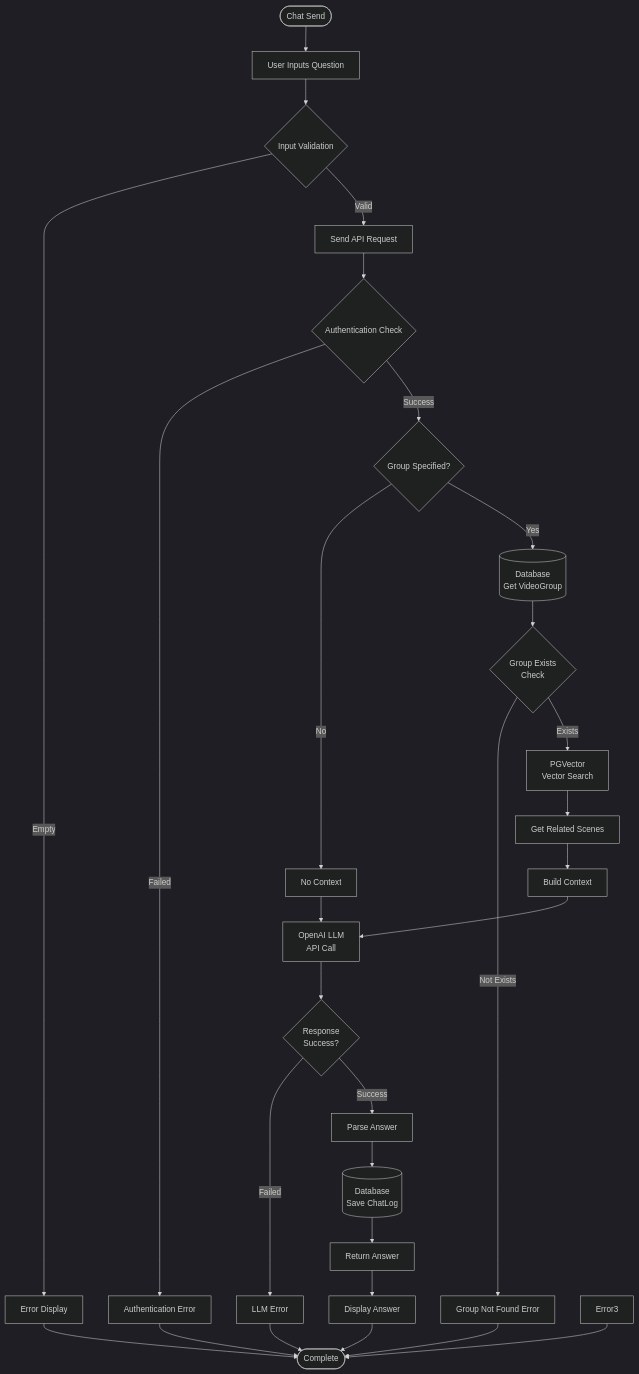
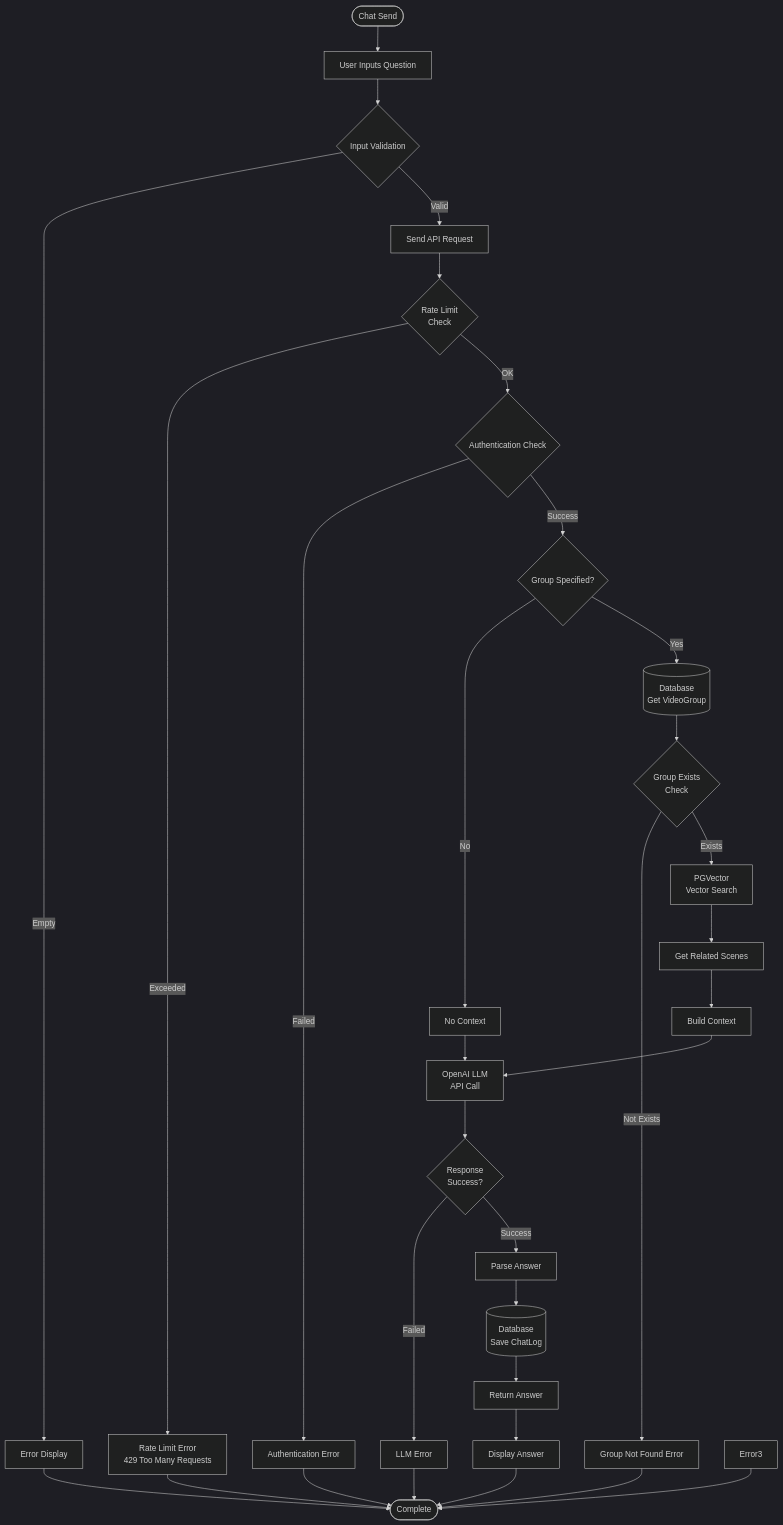
The second of 6 diagrams in docs/architecture/flowchart.md (yukiharada1228/videoq), drawn with Mermaid (dark theme) before and after one commit. The commit also changed other lines of this file and 7 other files, not shown here.

Commit message:
docs: update diagrams and README for rate limits, CACHE_URL, and popular scenes

````diff
--- a/docs/architecture/flowchart.md
+++ b/docs/architecture/flowchart.md
@@ -60,32 +60,35 @@
 ```mermaid
 flowchart TD
     Start([Chat Send]) --> Input[User Inputs Question]
     Input --> Validate1{Input Validation}
     Validate1 -->|Empty| Error1[Error Display]
     Validate1 -->|Valid| Send[Send API Request]
-    Send --> Auth{Authentication Check}
+    Send --> RateLimit{"Rate Limit<br>Check"}
+    RateLimit -->|Exceeded| Error6[Rate Limit Error<br/>429 Too Many Requests]
+    RateLimit -->|OK| Auth{Authentication Check}
     Auth -->|Failed| Error2[Authentication Error]
     Auth -->|Success| CheckGroup{Group Specified?}
     CheckGroup -->|No| NoContext[No Context]
     CheckGroup -->|Yes| GetGroup[(Database<br/>Get VideoGroup)]
     GetGroup --> ValidateGroup{"Group Exists<br>Check"}
     ValidateGroup -->|Not Exists| Error4[Group Not Found Error]
     ValidateGroup -->|Exists| VectorSearch[PGVector<br/>Vector Search]
     VectorSearch --> GetScenes[Get Related Scenes]
     GetScenes --> BuildContext[Build Context]
     BuildContext --> CallLLM[OpenAI LLM<br/>API Call]
     NoContext --> CallLLM
     CallLLM --> CheckResponse{"Response<br>Success?"}
     CheckResponse -->|Failed| Error5[LLM Error]
     CheckResponse -->|Success| ParseAnswer[Parse Answer]
     ParseAnswer --> SaveLog[(Database<br/>Save ChatLog)]
     SaveLog --> ReturnAnswer[Return Answer]
     ReturnAnswer --> Display[Display Answer]
     Display --> End([Complete])
     
     Error1 --> End
     Error2 --> End
     Error3 --> End
     Error4 --> End
     Error5 --> End
+    Error6 --> End
 ```
````
